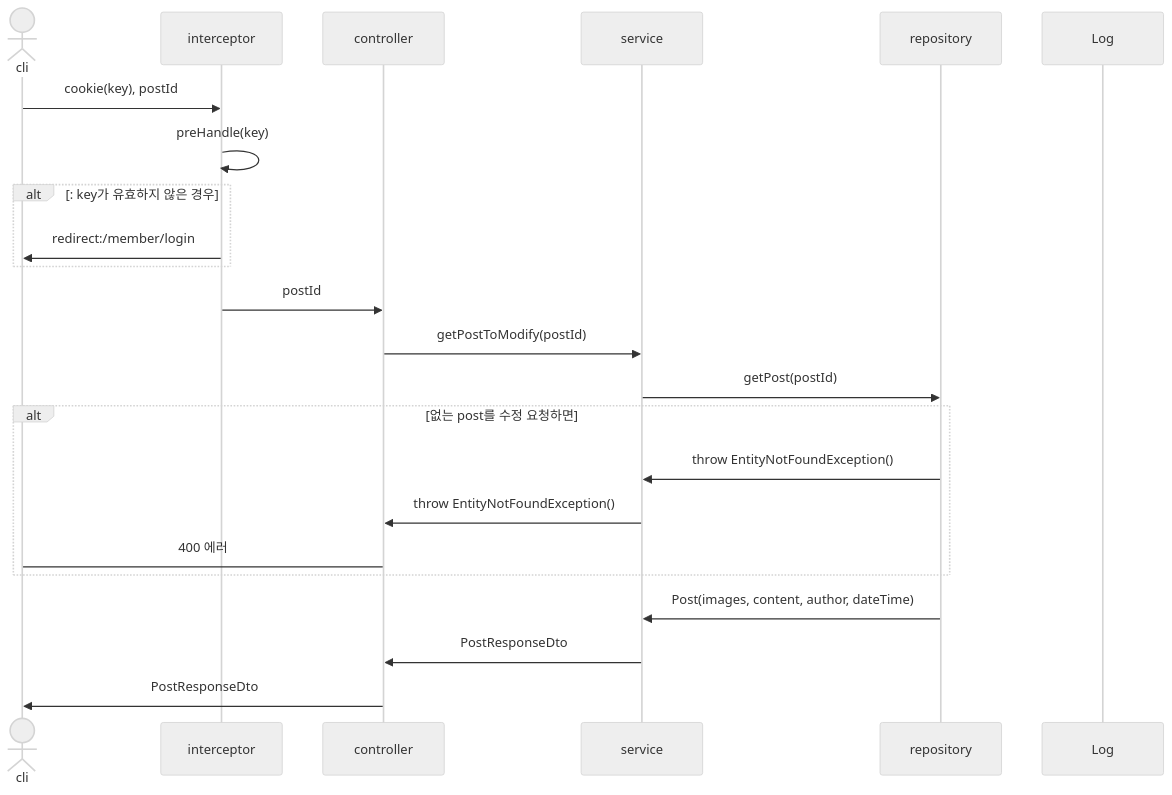
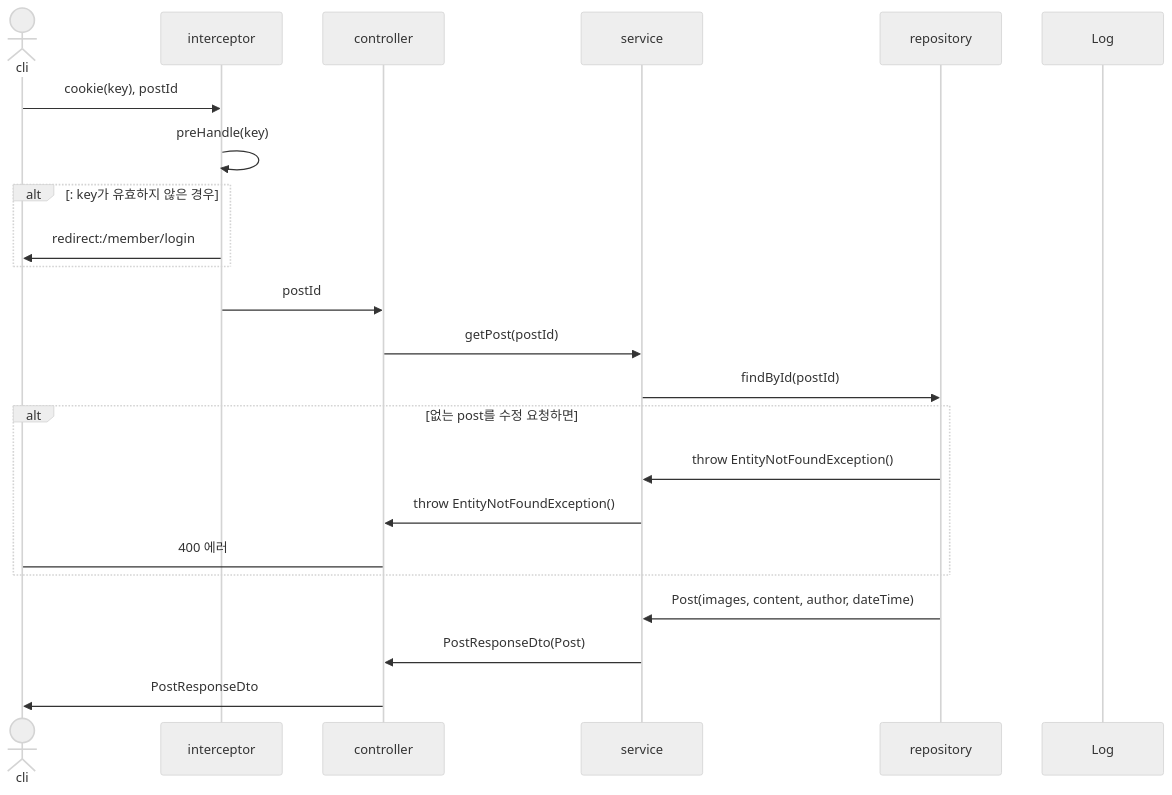
Diagram 23 of 37 in sequence.md (mtak0235/snsX), drawn with Mermaid (neutral theme) before and after one commit. The commit also changed other lines of this file and 5 other files, not shown here.

````diff
--- a/sequence.md
+++ b/sequence.md
@@ -643,26 +588,26 @@
 ```mermaid
 sequenceDiagram
 actor cli
 participant i as interceptor
 participant c as controller
 participant s as service
 participant r as repository
 participant l as Log
 
 cli->>i: cookie(key), postId
 i->>i: preHandle(key)
 alt: key가 유효하지 않은 경우
 i->>cli: redirect:/member/login
 end
 i->>c: postId
-c->>s: getPostToModify(postId)
-s->>r: getPost(postId)
+c->>s: getPost(postId)
+s->>r: findById(postId)
 alt 없는 post를 수정 요청하면
 r->>s: throw EntityNotFoundException()
 s->>c: throw EntityNotFoundException()
 c->cli: 400 에러
 end
 r->>s: Post(images, content, author, dateTime)
-s->>c: PostResponseDto
+s->>c: PostResponseDto(Post)
 c->>cli: PostResponseDto
 ```
````
